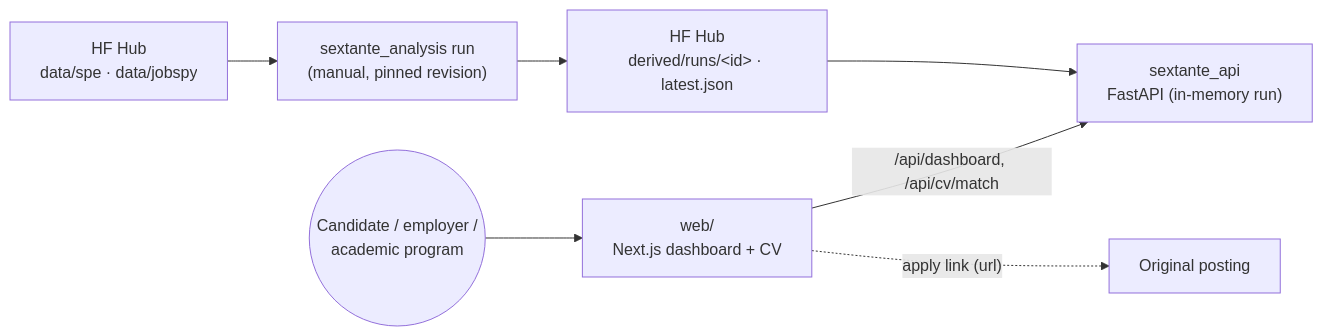
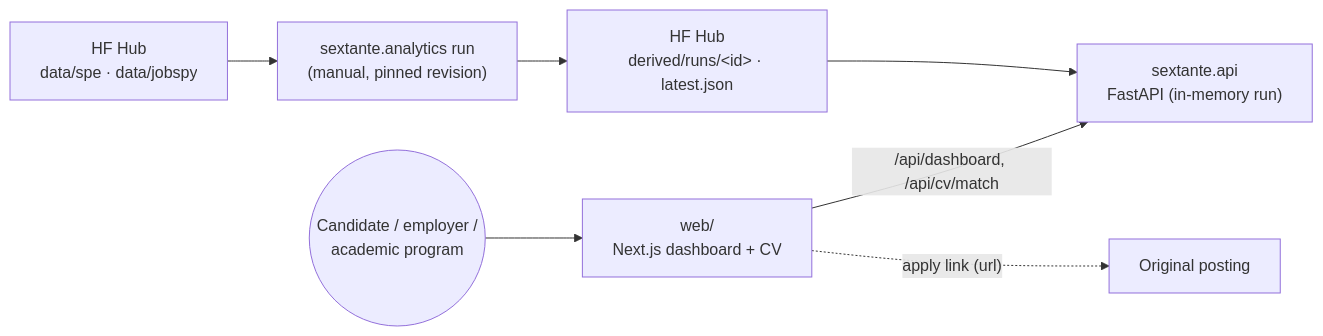
Before and after one commit to shalom-A26/SEXTANTE: the fifth of 9 diagrams in docs/architecture.md, drawn with Mermaid. The commit also changed other lines of this file and 104 other files, not shown here.

````diff
--- a/docs/architecture.md
+++ b/docs/architecture.md
@@ -220,14 +220,14 @@
 ```mermaid
 flowchart LR
     hub["HF Hub<br/>data/spe · data/jobspy"]
-    batch["sextante_analysis run<br/>(manual, pinned revision)"]
+    batch["sextante.analytics run<br/>(manual, pinned revision)"]
     derived["HF Hub<br/>derived/runs/&lt;id&gt; · latest.json"]
-    api["sextante_api<br/>FastAPI (in-memory run)"]
+    api["sextante.api<br/>FastAPI (in-memory run)"]
     web["web/<br/>Next.js dashboard + CV"]
     user(("Candidate / employer /<br/>academic program"))
 
     hub --> batch --> derived --> api
     web -->|"/api/dashboard, /api/cv/match"| api
     user --> web
     web -.->|"apply link (url)"| sourcejob["Original posting"]
 ```
````
